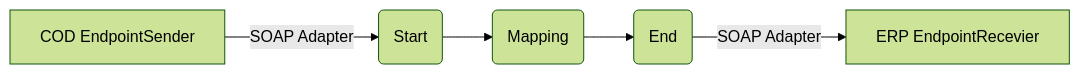
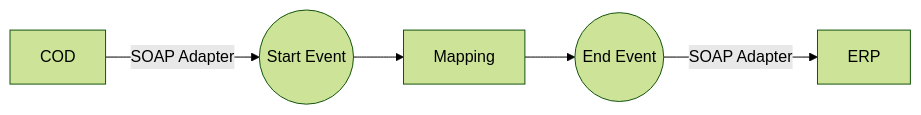
Before and after one commit to Avvale-IA-CICD/AvvaleCPI: the diagram in MMZ - Cell Iflows/Check_Connectivity_to_SAP_Business_Suite_MMZ-1.0.4/readme.md, drawn with Mermaid (forest theme). The commit also changed other lines of this file, not shown here.

````diff
--- a/MMZ - Cell Iflows/Check_Connectivity_to_SAP_Business_Suite_MMZ-1.0.4/readme.md
+++ b/MMZ - Cell Iflows/Check_Connectivity_to_SAP_Business_Suite_MMZ-1.0.4/readme.md
@@ -4,7 +4,13 @@
 ```mermaid
 graph LR
-    COD[COD EndpointSender] -->|SOAP Adapter| StartEvent(Start)
-    StartEvent(Start) --> Mapping(Mapping)
-    Mapping(Mapping) --> EndEvent(End)
-    EndEvent(End) -->|SOAP Adapter| ERP[ERP EndpointRecevier]
+    COD[COD]
+    ERP[ERP]
+    StartEvent((Start Event))
+    Mapping[Mapping]
+    EndEvent((End Event))
+
+    COD -- SOAP Adapter --> StartEvent
+    StartEvent --> Mapping
+    Mapping --> EndEvent
+    EndEvent -- SOAP Adapter --> ERP
 ```
````
